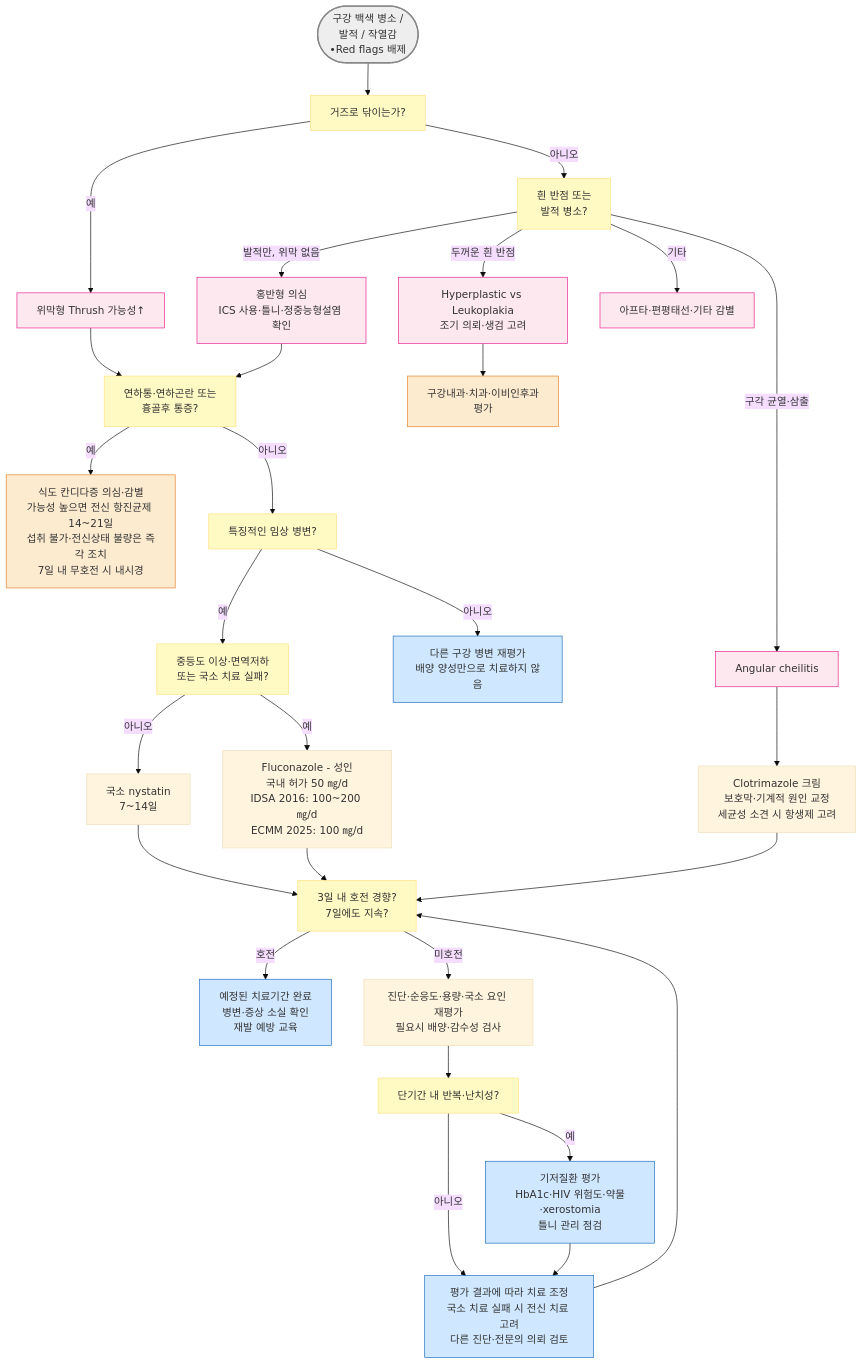
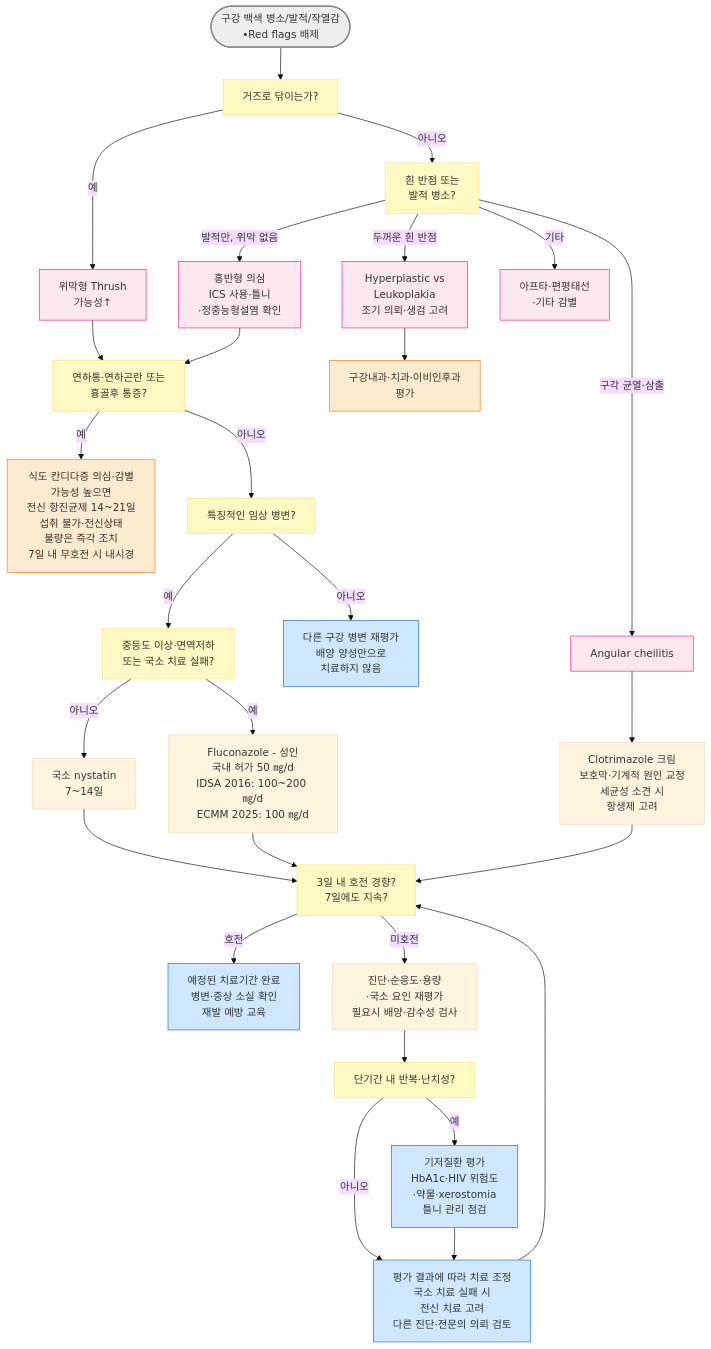
Before and after one commit to familyoh77/familyoh77: the diagram in 222_/055_-oral-candidiasis.md, drawn with Mermaid (base theme). The commit also changed other lines of this file, not shown here.

````diff
--- a/222_/055_-oral-candidiasis.md
+++ b/222_/055_-oral-candidiasis.md
@@ -105,40 +137,39 @@
 ```mermaid
 flowchart TD
-    A(["구강 백색 병소 / <br/>발적 / 작열감<br/>•Red flags 배제"]) --> B["거즈로 닦이는가?"]
-    B -- 예 --> C["위막형 Thrush 가능성↑"]
+    A(["구강 백색 병소/발적/작열감<br/>•Red flags 배제"]) --> B["거즈로 닦이는가?"]
+    B -- 예 --> C["위막형 Thrush <br/>가능성↑"]
     B -- 아니오 --> D["흰 반점 또는<br/>발적 병소?"]
-    D -- 두꺼운 흰 반점 --> E["Hyperplastic vs Leukoplakia<br/>조기 의뢰·생검 고려"]
-    D -- 발적만, 위막 없음 --> H["홍반형 의심<br/>ICS 사용·틀니·정중능형설염 확인"]
+    D -- 두꺼운 흰 반점 --> E["Hyperplastic vs <br/>Leukoplakia<br/>조기 의뢰·생검 고려"]
+    D -- 발적만, 위막 없음 --> H["홍반형 의심<br/>ICS 사용·틀니<br/>·정중능형설염 확인"]
     D -- 구각 균열·삼출 --> G["Angular cheilitis"]
-    D -- 기타 --> Z["아프타·편평태선·기타 감별"]
+    D -- 기타 --> Z["아프타·편평태선<br/>·기타 감별"]
     C --> I["연하통·연하곤란 또는<br/>흉골후 통증?"]
     H --> I
-    I -- 예 --> J["식도 칸디다증 의심·감별<br/>가능성 높으면 전신 항진균제 14~21일<br/>섭취 불가·전신상태 불량은 즉각 조치<br/>7일 내 무호전 시 내시경"]
+    I -- 예 --> J["식도 칸디다증 의심·감별<br/>가능성 높으면 <br/>전신 항진균제 14~21일<br/>섭취 불가·전신상태 <br/>불량은 즉각 조치<br/>7일 내 무호전 시 내시경"]
     I -- 아니오 --> K["특징적인 임상 병변?"]
-    K -- 아니오 --> N["다른 구강 병변 재평가<br/>배양 양성만으로 치료하지 않음"]
+    K -- 아니오 --> N["다른 구강 병변 재평가<br/>배양 양성만으로 <br/>치료하지 않음"]
     K -- 예 --> O["중등도 이상·면역저하<br/>또는 국소 치료 실패?"]
     O -- 아니오 --> P["국소 nystatin<br/>7~14일"]
     O -- 예 --> Q["Fluconazole - 성인<br/>국내 허가 50 ㎎/d<br/>IDSA 2016: 100~200 ㎎/d<br/>ECMM 2025: 100 ㎎/d"]
     P --> R["3일 내 호전 경향?<br/>7일에도 지속?"]
     Q --> R
     R -- 호전 --> S["예정된 치료기간 완료<br/>병변·증상 소실 확인<br/>재발 예방 교육"]
-    R -- 미호전 --> T["진단·순응도·용량·국소 요인 재평가<br/>필요시 배양·감수성 검사"]
+    R -- 미호전 --> T["진단·순응도·용량<br/>·국소 요인 재평가<br/>필요시 배양·감수성 검사"]
     T --> U["단기간 내 반복·난치성?"]
-    U -- 예 --> V["기저질환 평가<br/>HbA1c·HIV 위험도·약물·xerostomia<br/>틀니 관리 점검"]
-    U -- 아니오 --> Y["평가 결과에 따라 치료 조정<br/>국소 치료 실패 시 전신 치료 고려<br/>다른 진단·전문의 의뢰 검토"]
+    U -- 예 --> V["기저질환 평가<br/>HbA1c·HIV 위험도<br/>·약물·xerostomia<br/>틀니 관리 점검"]
+    U -- 아니오 --> Y["평가 결과에 따라 치료 조정<br/>국소 치료 실패 시 <br/>전신 치료 고려<br/>다른 진단·전문의 의뢰 검토"]
     V --> Y
     Y --> R
-    G --> W["Clotrimazole 크림<br/>보호막·기계적 원인 교정<br/>세균성 소견 시 항생제 고려"]
+    G --> W["Clotrimazole 크림<br/>보호막·기계적 원인 교정<br/>세균성 소견 시 <br/>항생제 고려"]
     W --> R
     E --> X["구강내과·치과·이비인후과<br/>평가"]
-
 style A fill:#eeeeee,stroke:#888888,stroke-width:2px
 classDef orange fill:#fdebd0,stroke:#e67e22
 class J,X orange
 classDef yellow fill:#fff9c4,stroke:#ffe082
 class B,D,I,K,O,R,U yellow
 classDef blue fill:#d0e8ff,stroke:#1a6abf
 class N,S,V,Y blue
 classDef pink fill:#fde8f0,stroke:#e91e8c
 class G,H,Z,C,E pink
 ```
````
